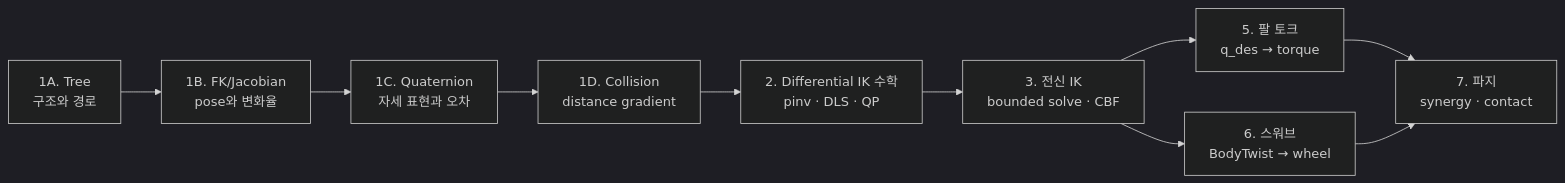
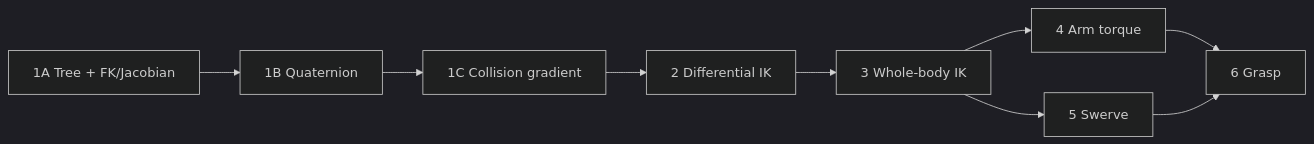
Before and after one commit to Geonhee-LEE/aiworker-mj-lab: the diagram in docs/guide/index.md, drawn with Mermaid (dark theme). The commit also changed other lines of this file and 54 other files, not shown here.

````diff
--- a/docs/guide/index.md
+++ b/docs/guide/index.md
@@ -89,12 +22,11 @@
 ```mermaid
 flowchart LR
-    T["1A. Tree<br>구조와 경로"] --> F["1B. FK/Jacobian<br>pose와 변화율"]
-    F --> Q["1C. Quaternion<br>자세 표현과 오차"]
-    Q --> C["1D. Collision<br>distance gradient"]
-    C --> M["2. Differential IK 수학<br>pinv · DLS · QP"]
-    M --> W["3. 전신 IK<br>bounded solve · CBF"]
-    W --> A["5. 팔 토크<br>q_des → torque"]
-    W --> B["6. 스워브<br>BodyTwist → wheel"]
-    A --> G["7. 파지<br>synergy · contact"]
+    F["1A Tree + FK/Jacobian"] --> Q["1B Quaternion"]
+    Q --> C["1C Collision gradient"]
+    C --> M["2 Differential IK"]
+    M --> W["3 Whole-body IK"]
+    W --> A["4 Arm torque"]
+    W --> B["5 Swerve"]
+    A --> G["6 Grasp"]
     B --> G
 ```
````
